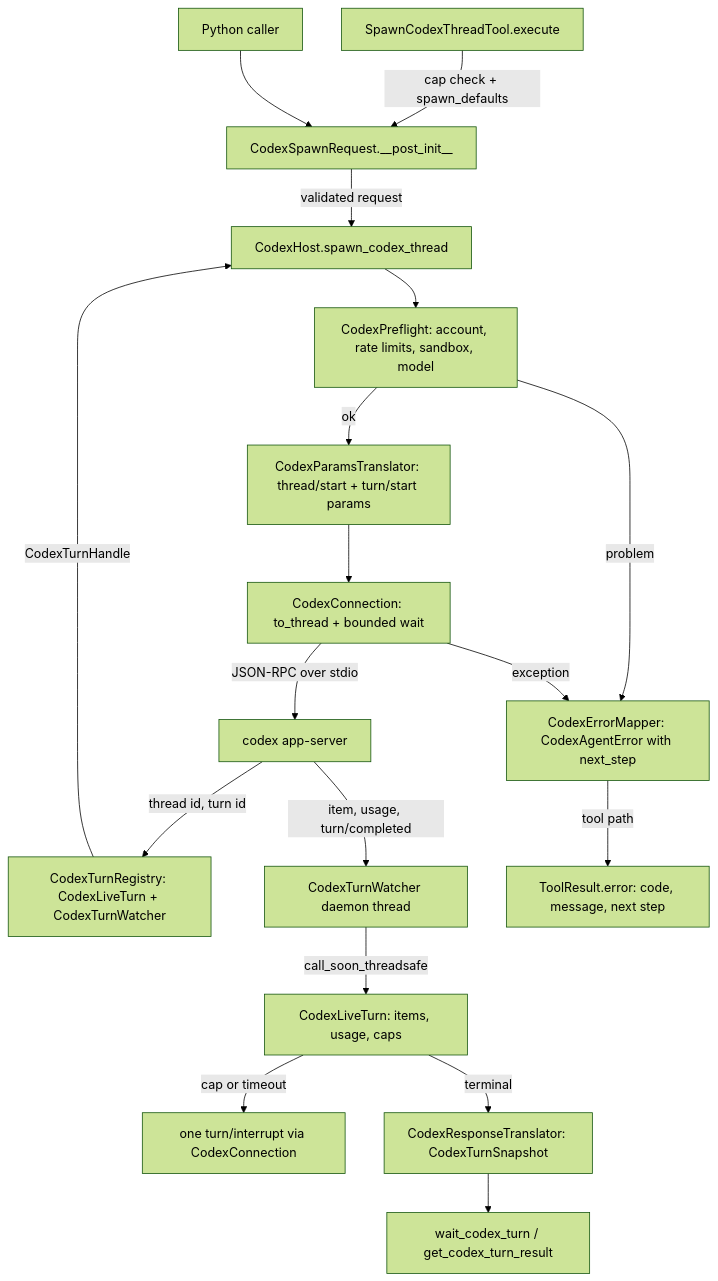
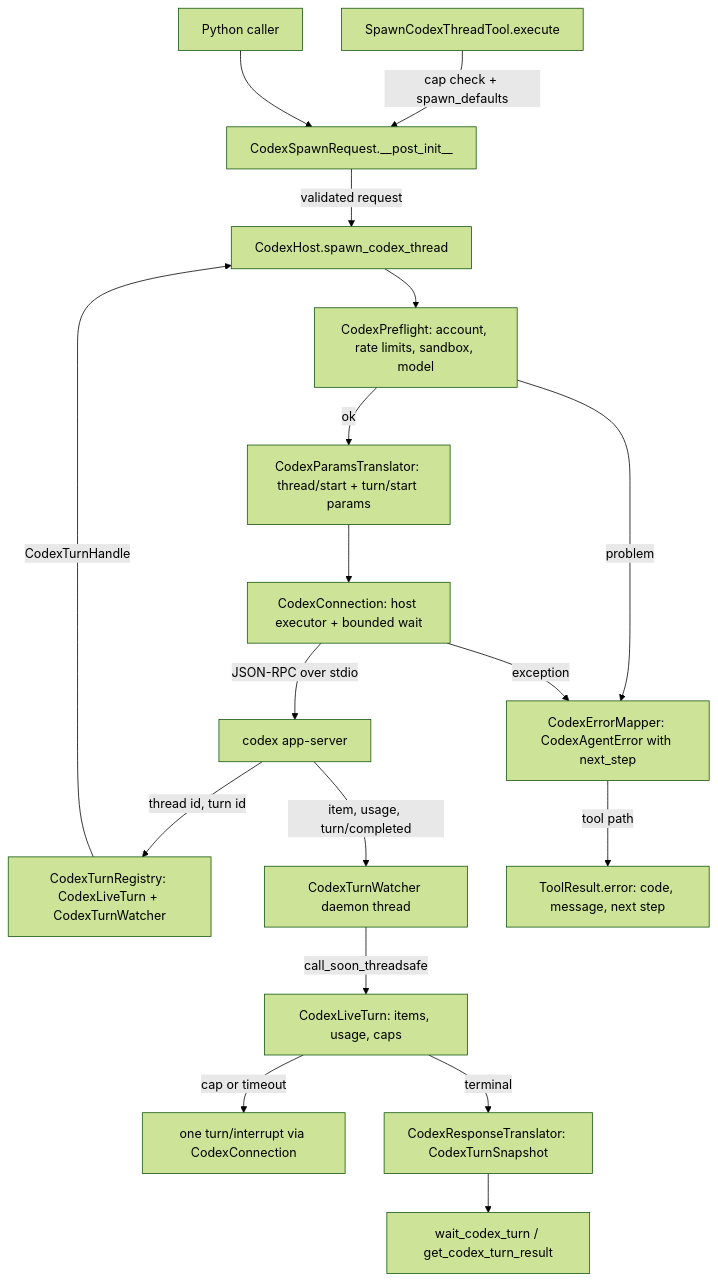
Before and after one commit to cerredz/Vidbyte-SDK: the first of 2 diagrams in docs/spec/codex-host/spec.md, drawn with Mermaid (forest theme). The commit also changed other lines of this file, not shown here.

Commit message:
docs(spec): revise codex-host spec r2 (apply review round 1, R-1 to R-13)

````diff
--- a/docs/spec/codex-host/spec.md
+++ b/docs/spec/codex-host/spec.md
@@ -146,20 +147,20 @@
 ```mermaid
 flowchart TD
   T["SpawnCodexThreadTool.execute"] -->|"cap check + spawn_defaults"| B
   P["Python caller"] --> B
   B["CodexSpawnRequest.__post_init__"] -->|"validated request"| A["CodexHost.spawn_codex_thread"]
   A --> C["CodexPreflight: account, rate limits, sandbox, model"]
   C -->|problem| X["CodexErrorMapper: CodexAgentError with next_step"]
   C -->|ok| D["CodexParamsTranslator: thread/start + turn/start params"]
-  D --> E["CodexConnection: to_thread + bounded wait"]
+  D --> E["CodexConnection: host executor + bounded wait"]
   E -->|"JSON-RPC over stdio"| F["codex app-server"]
   F -->|"thread id, turn id"| G["CodexTurnRegistry: CodexLiveTurn + CodexTurnWatcher"]
   G -->|CodexTurnHandle| A
   F -->|"item, usage, turn/completed"| H["CodexTurnWatcher daemon thread"]
   H -->|call_soon_threadsafe| I["CodexLiveTurn: items, usage, caps"]
   I -->|"cap or timeout"| J["one turn/interrupt via CodexConnection"]
   I -->|terminal| K["CodexResponseTranslator: CodexTurnSnapshot"]
   K --> L["wait_codex_turn / get_codex_turn_result"]
   E -->|exception| X
   X -->|"tool path"| N["ToolResult.error: code, message, next step"]
 ```
````
